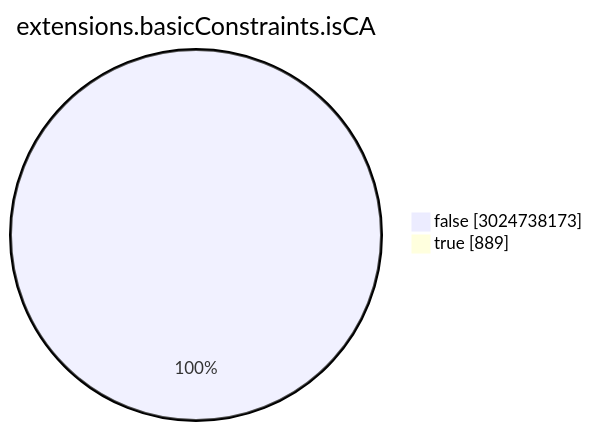
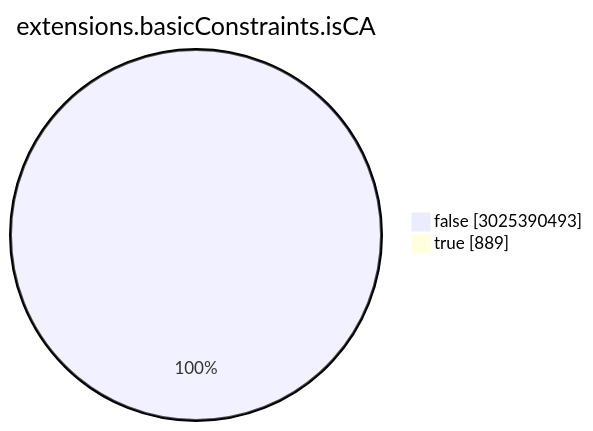
One commit to christiankrug/ctmonitor_visualization changed the seventh of 15 diagrams in TOTAL/README.md. Above: the diagram before and after it, drawn with Mermaid. The commit also changed other lines of this file, not shown here.

````diff
--- a/TOTAL/README.md
+++ b/TOTAL/README.md
@@ -3087,6 +3087,6 @@
 ```mermaid
 pie showData
 title extensions.basicConstraints.isCA
-"false" :3024738173
+"false" :3025390493
 "true" :889
 ```
````
